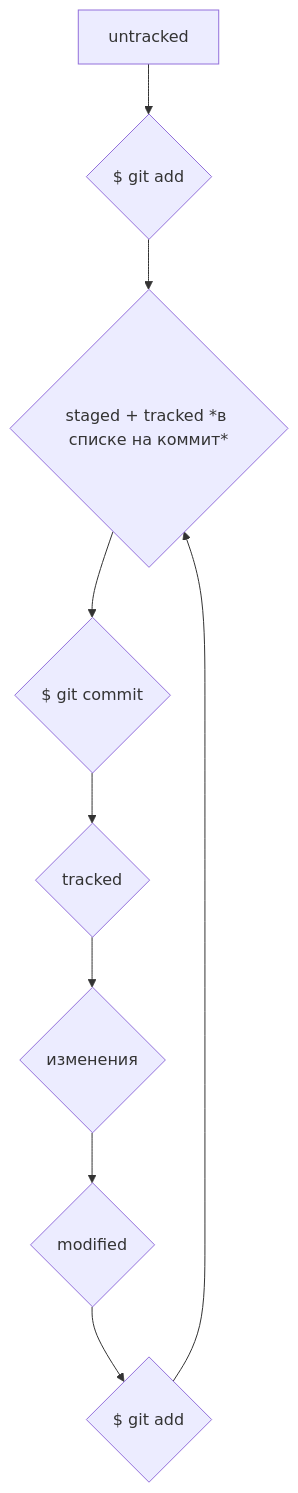
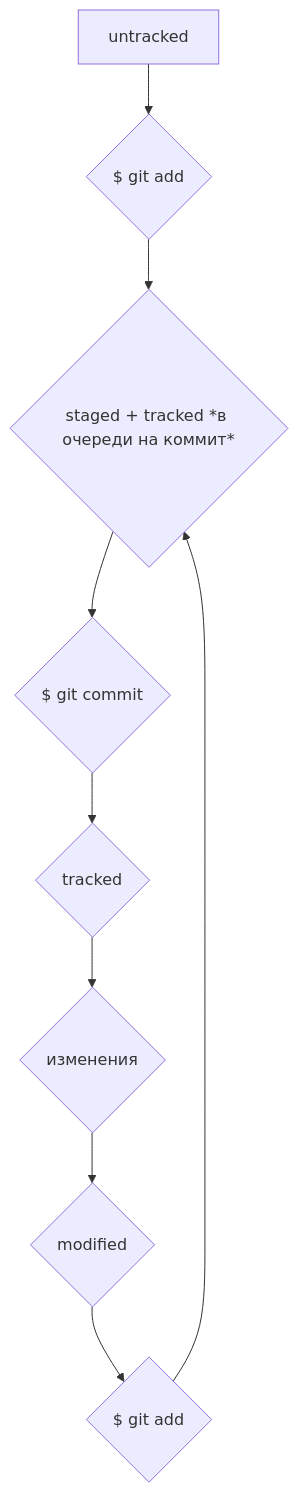
Before and after one commit to KkonepHuk/git-guide: the diagram in README.md, drawn with Mermaid.

Commit message:
Исправление ошибке в блоке о типичном жизненном цикле 3

````diff
--- a/README.md
+++ b/README.md
@@ -107,11 +107,11 @@
 ```mermaid
 flowchart TD
 	A[untracked] --> B{$ git add};
-	B --> C{staged + tracked *в списке на коммит*};
+	B --> C{staged + tracked *в очереди на коммит*};
 	C --> D{$ git commit};
 	D --> E{tracked};
 	E --> F{изменения};
 	F --> G{modified};
 	G --> H{$ git add};
 	H --> C
 ```
````
